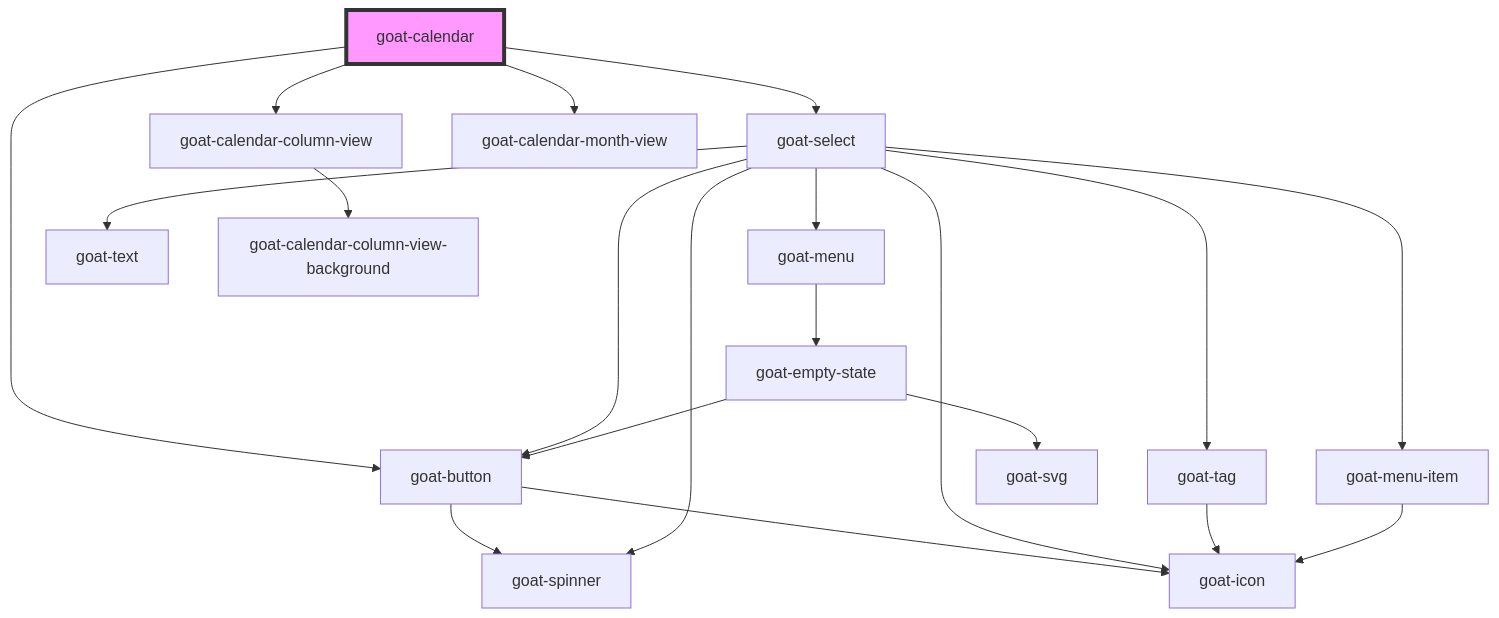
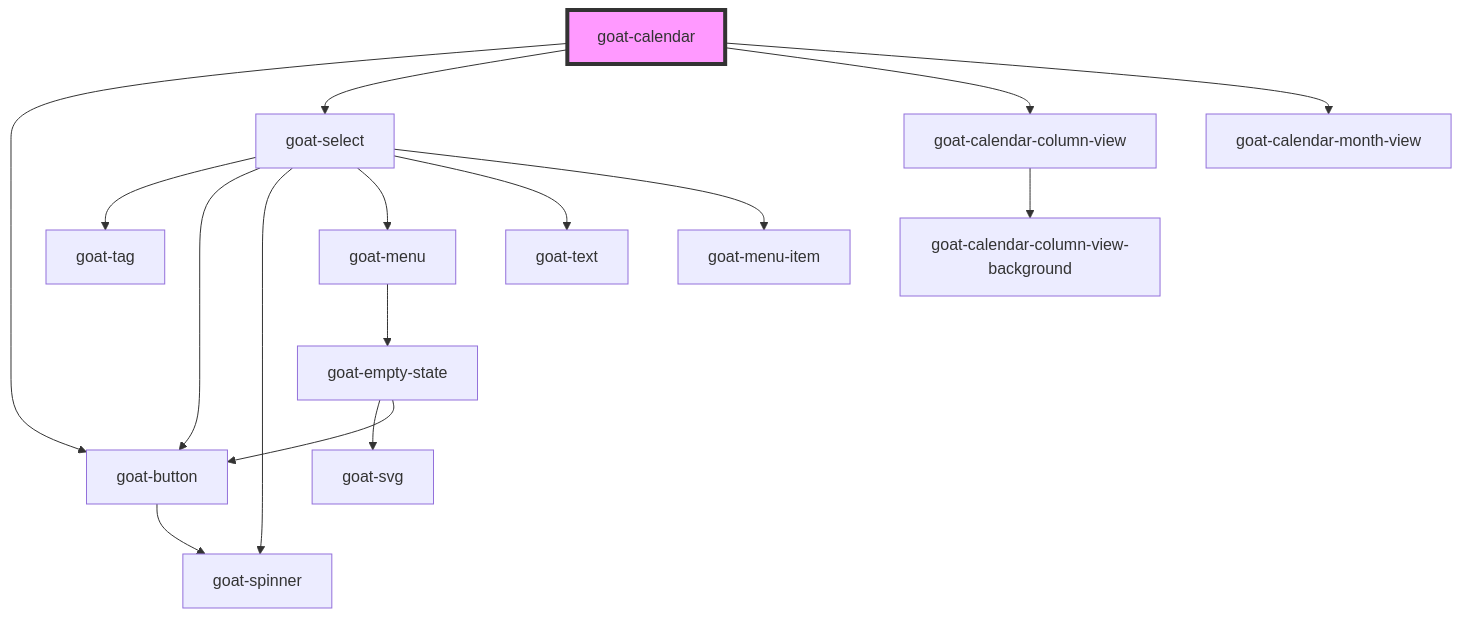
The diagram in src/components/application/calendar/calendar/readme.md (redvars/peacock), drawn with Mermaid before and after one commit. The commit also changed 121 other files, not shown here.

````diff
--- a/src/components/application/calendar/calendar/readme.md
+++ b/src/components/application/calendar/calendar/readme.md
@@ -38,23 +38,19 @@
 ```mermaid
 graph TD;
   goat-calendar --> goat-button
   goat-calendar --> goat-select
   goat-calendar --> goat-calendar-column-view
   goat-calendar --> goat-calendar-month-view
   goat-button --> goat-spinner
-  goat-button --> goat-icon
-  goat-select --> goat-icon
   goat-select --> goat-tag
   goat-select --> goat-button
   goat-select --> goat-spinner
   goat-select --> goat-menu
   goat-select --> goat-text
   goat-select --> goat-menu-item
-  goat-tag --> goat-icon
   goat-menu --> goat-empty-state
   goat-empty-state --> goat-svg
   goat-empty-state --> goat-button
-  goat-menu-item --> goat-icon
   goat-calendar-column-view --> goat-calendar-column-view-background
   style goat-calendar fill:#f9f,stroke:#333,stroke-width:4px
 ```
````
